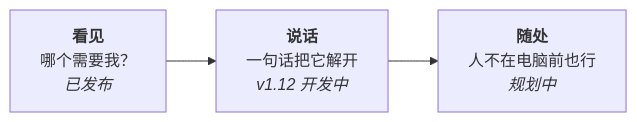
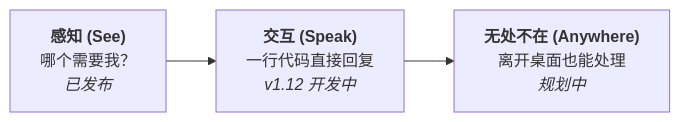
One commit to ctliz/TmuxDeck changed the first of 2 diagrams in README.zh-CN.md. Above: the diagram before and after it, drawn with Mermaid. The commit also changed other lines of this file and 30 other files, not shown here.

````diff
--- a/README.zh-CN.md
+++ b/README.zh-CN.md
@@ -53,7 +55,7 @@
 ```mermaid
 flowchart LR
-    A["<b>看见</b><br/>哪个需要我？<br/><i>已发布</i>"]
-    B["<b>说话</b><br/>一句话把它解开<br/><i>v1.12 开发中</i>"]
-    C["<b>随处</b><br/>人不在电脑前也行<br/><i>规划中</i>"]
+    A["<b>感知 (See)</b><br/>哪个需要我？<br/><i>已发布</i>"]
+    B["<b>交互 (Speak)</b><br/>一行代码直接回复<br/><i>v1.12 开发中</i>"]
+    C["<b>无处不在 (Anywhere)</b><br/>离开桌面也能处理<br/><i>规划中</i>"]
     A --> B --> C
 ```
````
